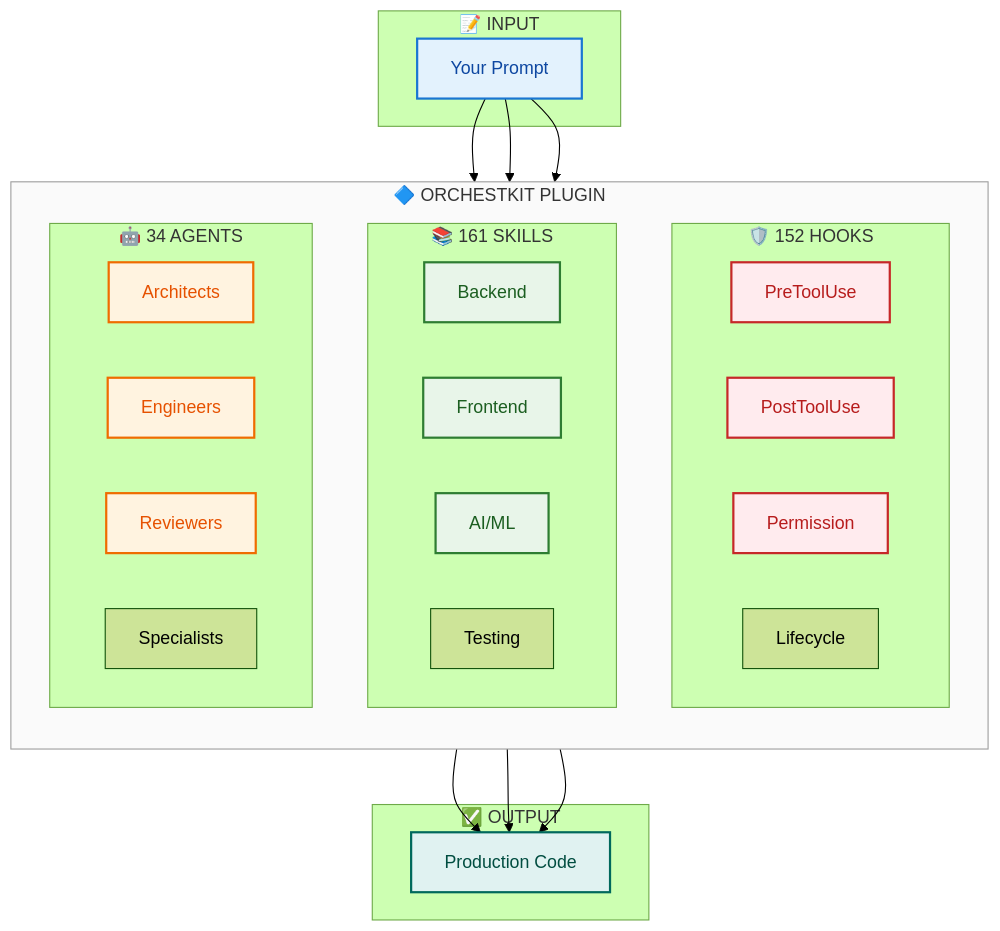
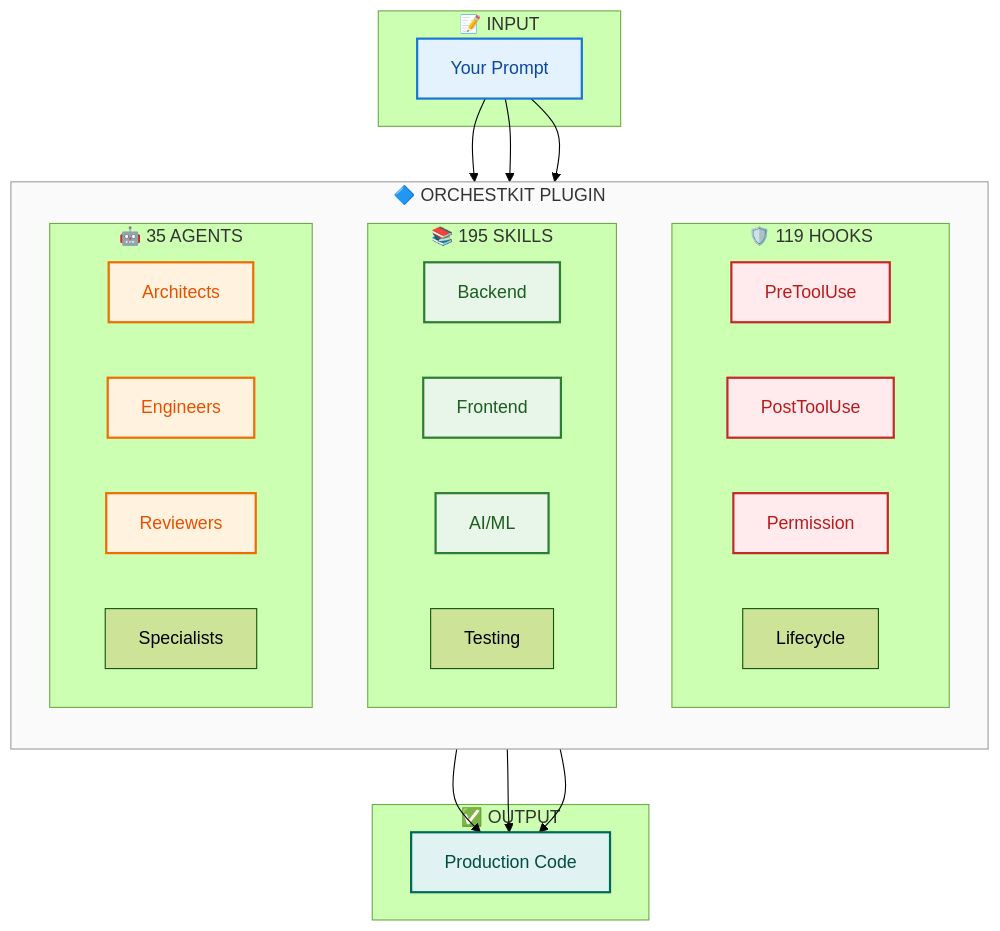
Before and after one commit to yonatangross/orchestkit: the second of 2 diagrams in README.md, drawn with Mermaid (forest theme). The commit also changed other lines of this file, not shown here.

````diff
--- a/README.md
+++ b/README.md
@@ -463,59 +463,59 @@
 ```mermaid
 flowchart TB
     subgraph Input["📝 INPUT"]
         P["Your Prompt"]
     end
 
     subgraph OrchestKit["🔷 ORCHESTKIT PLUGIN"]
         direction TB
 
-        subgraph Hooks["🛡️ 152 HOOKS"]
+        subgraph Hooks["🛡️ 119 HOOKS"]
             direction LR
             H1["PreToolUse"]
             H2["PostToolUse"]
             H3["Permission"]
             H4["Lifecycle"]
         end
 
-        subgraph Skills["📚 161 SKILLS"]
+        subgraph Skills["📚 195 SKILLS"]
             direction LR
             S1["Backend"]
             S2["Frontend"]
             S3["AI/ML"]
             S4["Testing"]
         end
 
-        subgraph Agents["🤖 34 AGENTS"]
+        subgraph Agents["🤖 35 AGENTS"]
             direction LR
             A1["Architects"]
             A2["Engineers"]
             A3["Reviewers"]
             A4["Specialists"]
         end
     end
 
     subgraph Output["✅ OUTPUT"]
         C["Production Code"]
     end
 
     P --> Hooks
     P --> Skills
     P --> Agents
     Hooks --> C
     Skills --> C
     Agents --> C
 
     classDef input fill:#e3f2fd,stroke:#1976d2,stroke-width:2px,color:#0d47a1
     classDef hooks fill:#ffebee,stroke:#c62828,stroke-width:2px,color:#b71c1c
     classDef skills fill:#e8f5e9,stroke:#2e7d32,stroke-width:2px,color:#1b5e20
     classDef agents fill:#fff3e0,stroke:#ef6c00,stroke-width:2px,color:#e65100
     classDef output fill:#e0f2f1,stroke:#00695c,stroke-width:2px,color:#004d40
     classDef container fill:#fafafa,stroke:#9e9e9e,stroke-width:1px
 
     class P input
     class H1,H2,H3,H0 hooks
     class S1,S2,S3,S182 skills
     class A1,A2,A3,A35 agents
     class C output
     class OrchestKit container
 ```
````
